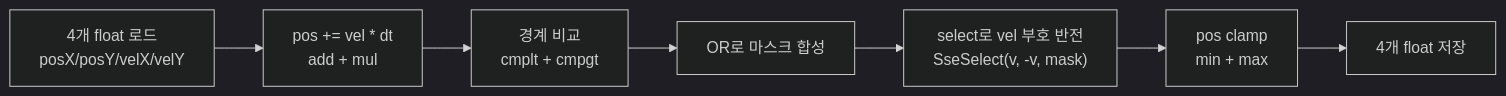
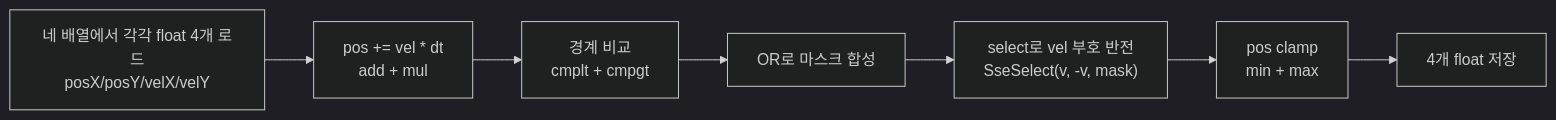
One commit to Rein-ArXiv/game-dev-curriculum changed the diagram in projects/mini/parts_perf_lab/articles/step04_simd.md. Above: the diagram before and after it, drawn with Mermaid (dark theme). The commit also changed other lines of this file and 279 other files, not shown here.

````diff
--- a/projects/mini/parts_perf_lab/articles/step04_simd.md
+++ b/projects/mini/parts_perf_lab/articles/step04_simd.md
@@ -224,9 +285,9 @@
 ```mermaid
 flowchart LR
-    Load["4개 float 로드<br/>posX/posY/velX/velY"] --> Add["pos += vel * dt<br/>add + mul"]
+    Load["네 배열에서 각각 float 4개 로드<br/>posX/posY/velX/velY"] --> Add["pos += vel * dt<br/>add + mul"]
     Add --> Cmp["경계 비교<br/>cmplt + cmpgt"]
     Cmp --> Mask["OR로 마스크 합성"]
     Mask --> Sel["select로 vel 부호 반전<br/>SseSelect(v, -v, mask)"]
     Sel --> Clamp["pos clamp<br/>min + max"]
     Clamp --> Store["4개 float 저장"]
 ```
````
